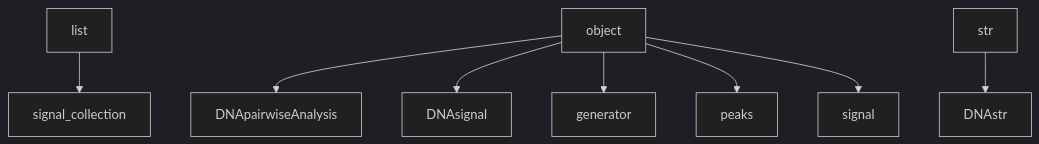
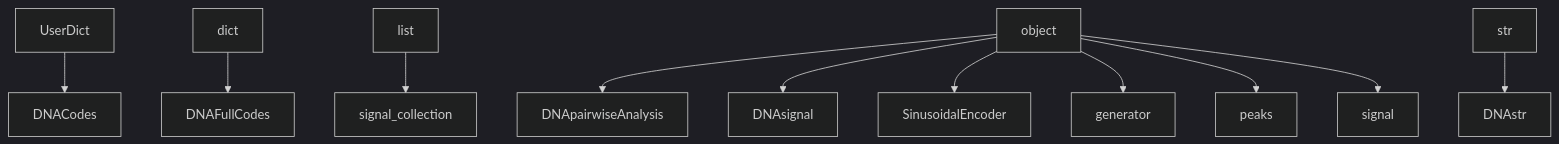
One commit to ovitrac/sig2dna changed the diagram in README.md. Above: the diagram before and after it, drawn with Mermaid (dark theme). The commit also changed other lines of this file and 40 other files, not shown here.

Commit message:
efficient sinusoidal encoder/decoder

````diff
--- a/README.md
+++ b/README.md
@@ -713,17 +758,23 @@
 ```mermaid
 graph TD;
+DNACodes
+DNAFullCodes
 DNApairwiseAnalysis
 DNAsignal
 DNAstr
+SinusoidalEncoder
 generator
 peaks
 signal
 signal_collection
+UserDict --> DNACodes
+dict --> DNAFullCodes
 list --> signal_collection
 object --> DNApairwiseAnalysis
 object --> DNAsignal
+object --> SinusoidalEncoder
 object --> generator
 object --> peaks
 object --> signal
 str --> DNAstr
 ```
````
